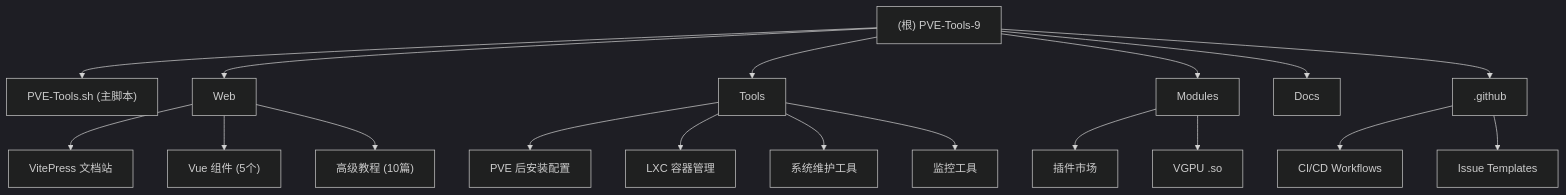
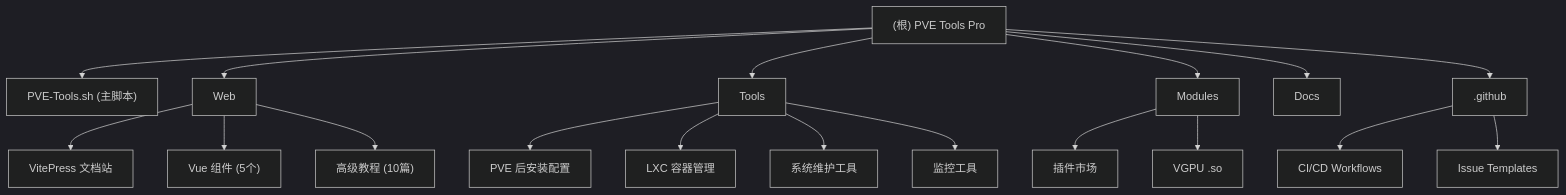
The first of 2 diagrams in CLAUDE.md (Mapleawaa/PVE-Tools-9), drawn with Mermaid (dark theme) before and after one commit. The commit also changed other lines of this file and 28 other files, not shown here.

First line of the commit message:
docs: 统一将项目名称从PVE-Tools-9更新为PVE Tools Pro

````diff
--- a/CLAUDE.md
+++ b/CLAUDE.md
@@ -11,29 +11,29 @@
 ```mermaid
 graph TD
-    A["(根) PVE-Tools-9"] --> B["PVE-Tools.sh (主脚本)"]
+    A["(根) PVE Tools Pro"] --> B["PVE-Tools.sh (主脚本)"]
     A --> C["Web"]
     A --> D["Tools"]
     A --> E["Modules"]
     A --> F["Docs"]
     A --> G[".github"]
 
     C --> C1["VitePress 文档站"]
     C --> C2["Vue 组件 (5个)"]
     C --> C3["高级教程 (10篇)"]
 
     D --> D1["PVE 后安装配置"]
     D --> D2["LXC 容器管理"]
     D --> D3["系统维护工具"]
     D --> D4["监控工具"]
 
     E --> E1["插件市场"]
     E --> E2["VGPU .so"]
 
     G --> G1["CI/CD Workflows"]
     G --> G2["Issue Templates"]
 
     click B "./PVE-Tools.sh" "主入口脚本"
     click C "./Web/CLAUDE.md" "查看 Web 模块文档"
     click D "./Tools/CLAUDE.md" "查看 Tools 模块文档"
     click E "./Modules/CLAUDE.md" "查看 Modules 模块文档"
 ```
````
